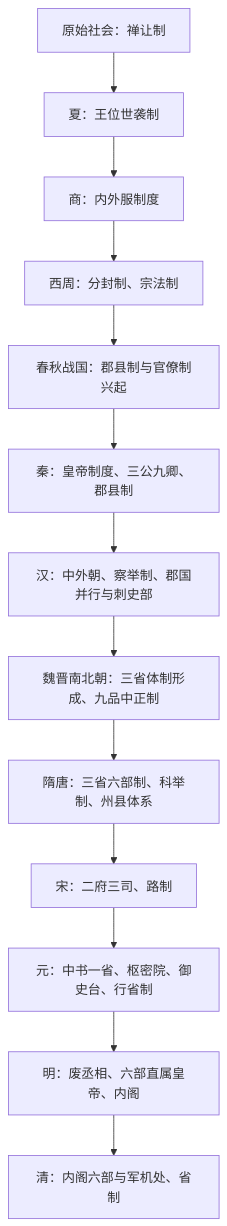
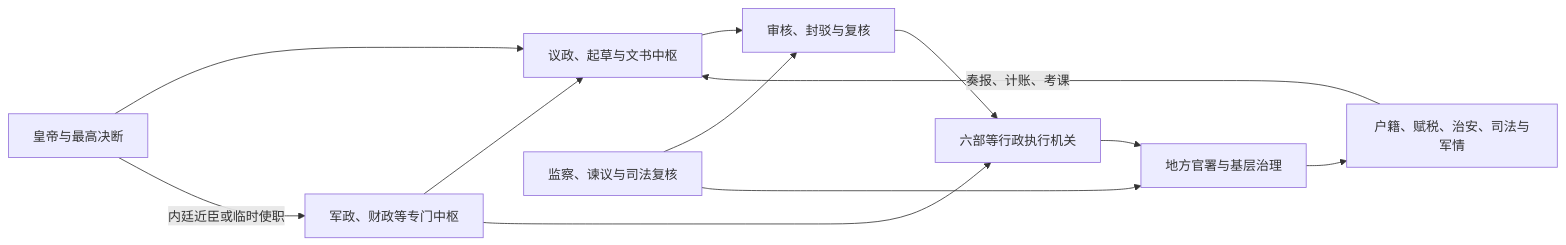
Before and after one commit to tianlan-dev/learning-notes: the diagram in 人文科学/历史/东亚/中国/_制度/README.md, drawn with Mermaid. The commit also changed other lines of this file and 1417 other files, not shown here.

````diff
--- a/人文科学/历史/东亚/中国/_制度/README.md
+++ b/人文科学/历史/东亚/中国/_制度/README.md
@@ -20,15 +28,14 @@
 ```mermaid
-flowchart TD
-    A["原始社会：禅让制"] --> B["夏：王位世袭制"]
-    B --> C["商：内外服制度"]
-    C --> D["西周：分封制、宗法制"]
-    D --> E["春秋战国：郡县制与官僚制兴起"]
-    E --> F["秦：皇帝制度、三公九卿、郡县制"]
-    F --> G["汉：中外朝、察举制、郡国并行与刺史部"]
-    G --> H["魏晋南北朝：三省体制形成、九品中正制"]
-    H --> I["隋唐：三省六部制、科举制、州县体系"]
-    I --> J["宋：二府三司、路制"]
-    J --> K["元：中书一省、枢密院、御史台、行省制"]
-    K --> L["明：废丞相、六部直属皇帝、内阁"]
-    L --> M["清：内阁六部与军机处、省制"]
+flowchart LR
+    E["皇帝与最高决断"] --> D["议政、起草与文书中枢"]
+    D --> R["审核、封驳与复核"]
+    R --> X["六部等行政执行机关"]
+    X --> L["地方官署与基层治理"]
+    L --> I["户籍、赋税、治安、司法与军情"]
+    I -->|奏报、计账、考课| D
+    M["军政、财政等专门中枢"] --> D
+    M --> X
+    S["监察、谏议与司法复核"] --> R
+    S --> L
+    E -->|内廷近臣或临时使职| M
 ```
````
